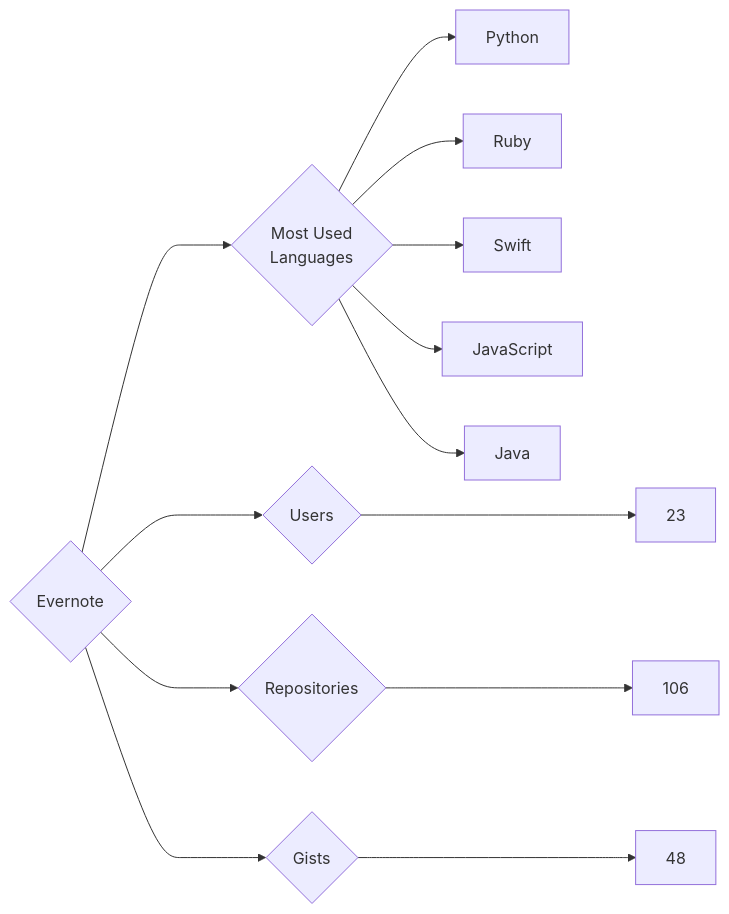
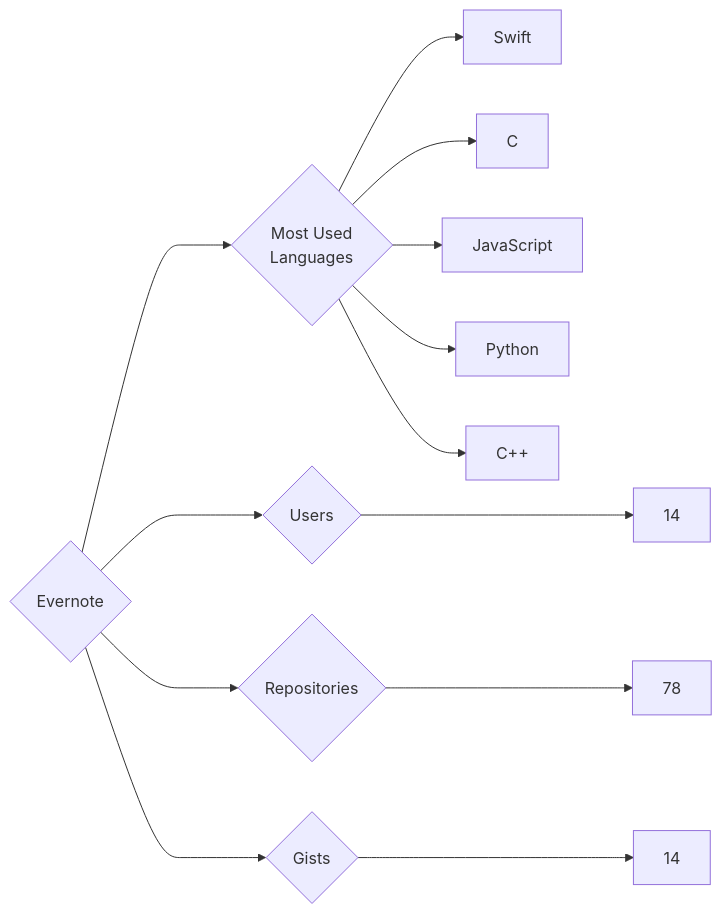
Before and after one commit to trickest/insiders: the diagram in targets/Evernote/README.md, drawn with Mermaid. The commit also changed 682 other files, not shown here.

````diff
--- a/targets/Evernote/README.md
+++ b/targets/Evernote/README.md
@@ -3,13 +3,13 @@
 ```mermaid
 graph LR
 COMPANY_NAME{Evernote}
-COMPANY_NAME ---> U{Users} ---> UN[23]
-COMPANY_NAME ---> R{Repositories} ---> RN[106]
-COMPANY_NAME ---> G{Gists} ---> GN[48]
+COMPANY_NAME ---> U{Users} ---> UN[14]
+COMPANY_NAME ---> R{Repositories} ---> RN[78]
+COMPANY_NAME ---> G{Gists} ---> GN[14]
 COMPANY_NAME ---> ML{Most Used<br>Languages}
+ML --> Swift[Swift]
+ML --> C[C]
+ML --> JavaScript[JavaScript]
 ML --> Python[Python]
-ML --> Ruby[Ruby]
-ML --> Swift[Swift]
-ML --> JavaScript[JavaScript]
-ML --> Java[Java]
+ML --> C++[C++]
 ```
````
